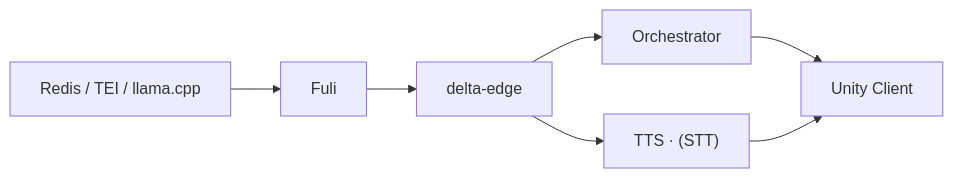
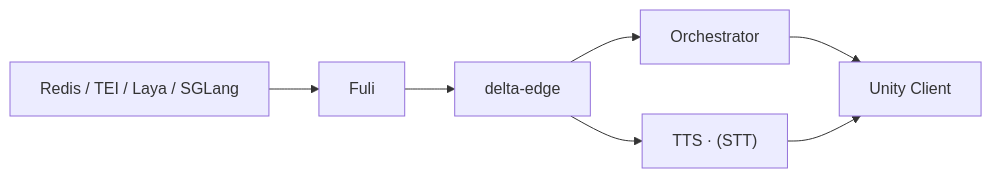
Before and after one commit to deltaAnima/Project_deltaAnima: the eighth of 9 diagrams in README.md, drawn with Mermaid. The commit also changed other lines of this file, not shown here.

Commit message:
DOCS: update README for Laya, SGLang, identity scopes, Discord route, TUI

````diff
--- a/README.md
+++ b/README.md
@@ -553,8 +604,8 @@
 ```mermaid
 flowchart LR
-    A["Redis / TEI / llama.cpp"] --> B["Fuli"]
+    A["Redis / TEI / Laya / SGLang"] --> B["Fuli"]
     B --> C["delta-edge"]
     C --> D["Orchestrator"]
     C --> E["TTS · (STT)"]
     D & E --> F["Unity Client"]
 ```
````
